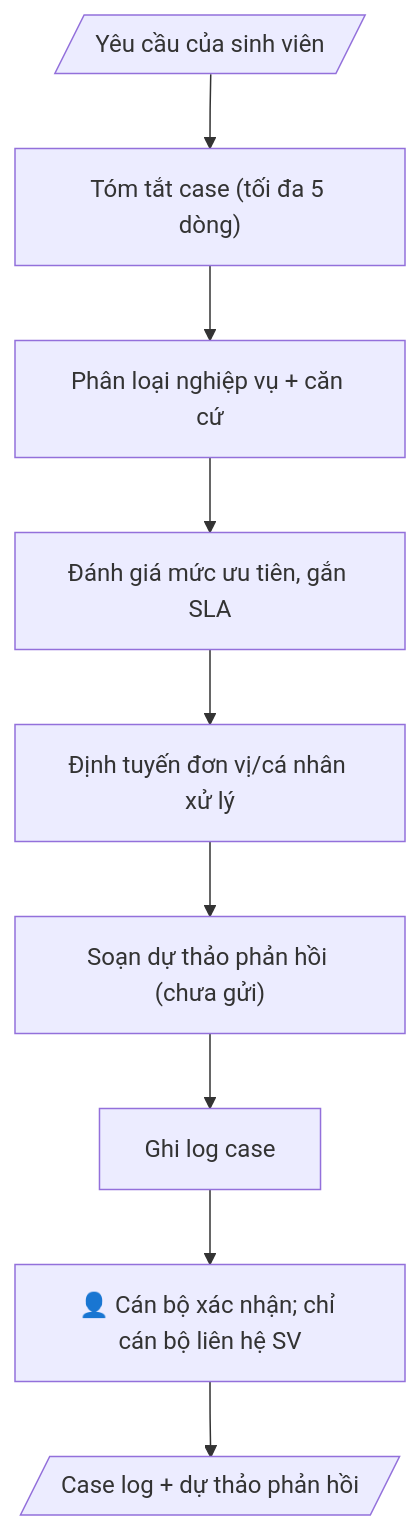
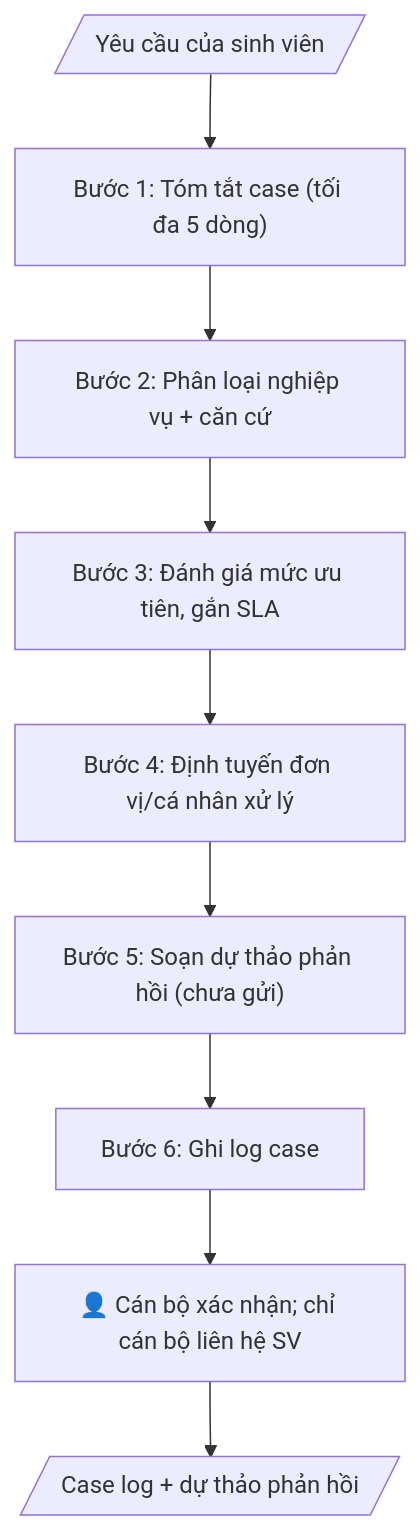
One commit to phamtruong91/dh-skills changed the diagram in skills/triage-case-sinh-vien/SKILL.md. Above: the diagram before and after it, drawn with Mermaid. The commit also changed 124 other files, not shown here.

````diff
--- a/skills/triage-case-sinh-vien/SKILL.md
+++ b/skills/triage-case-sinh-vien/SKILL.md
@@ -82,13 +82,13 @@
 ```mermaid
 flowchart TD
     A[/"Yêu cầu của sinh viên"/]
-    B["Tóm tắt case (tối đa 5 dòng)"]
-    C["Phân loại nghiệp vụ + căn cứ"]
-    D["Đánh giá mức ưu tiên, gắn SLA"]
-    E["Định tuyến đơn vị/cá nhân xử lý"]
-    F["Soạn dự thảo phản hồi (chưa gửi)"]
-    G["Ghi log case"]
+    B["Bước 1: Tóm tắt case (tối đa 5 dòng)"]
+    C["Bước 2: Phân loại nghiệp vụ + căn cứ"]
+    D["Bước 3: Đánh giá mức ưu tiên, gắn SLA"]
+    E["Bước 4: Định tuyến đơn vị/cá nhân xử lý"]
+    F["Bước 5: Soạn dự thảo phản hồi (chưa gửi)"]
+    G["Bước 6: Ghi log case"]
     HG["👤 Cán bộ xác nhận; chỉ cán bộ liên hệ SV"]
     H[/"Case log + dự thảo phản hồi"/]
     A --> B --> C --> D --> E --> F --> G --> HG --> H
 ```
````
